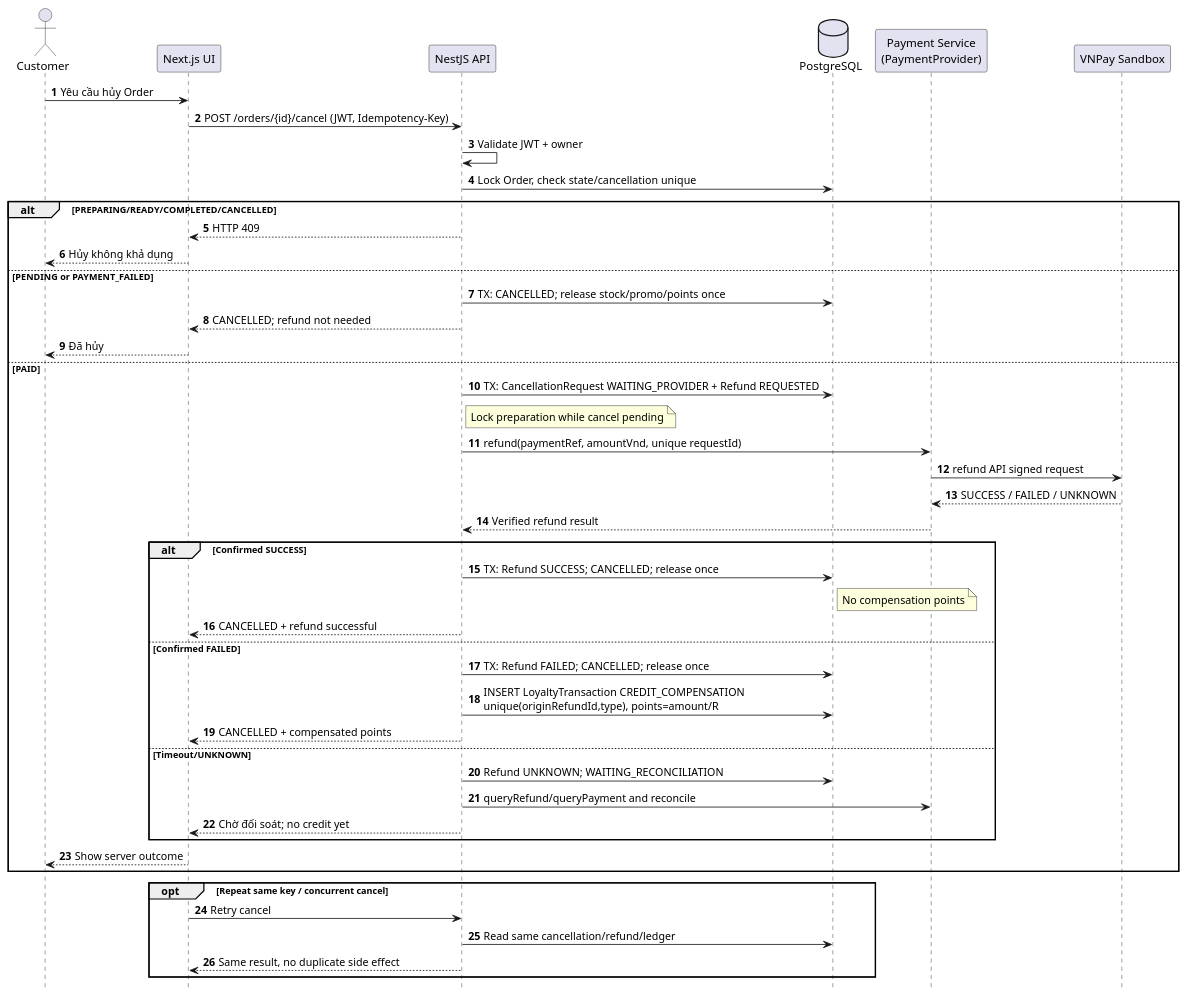
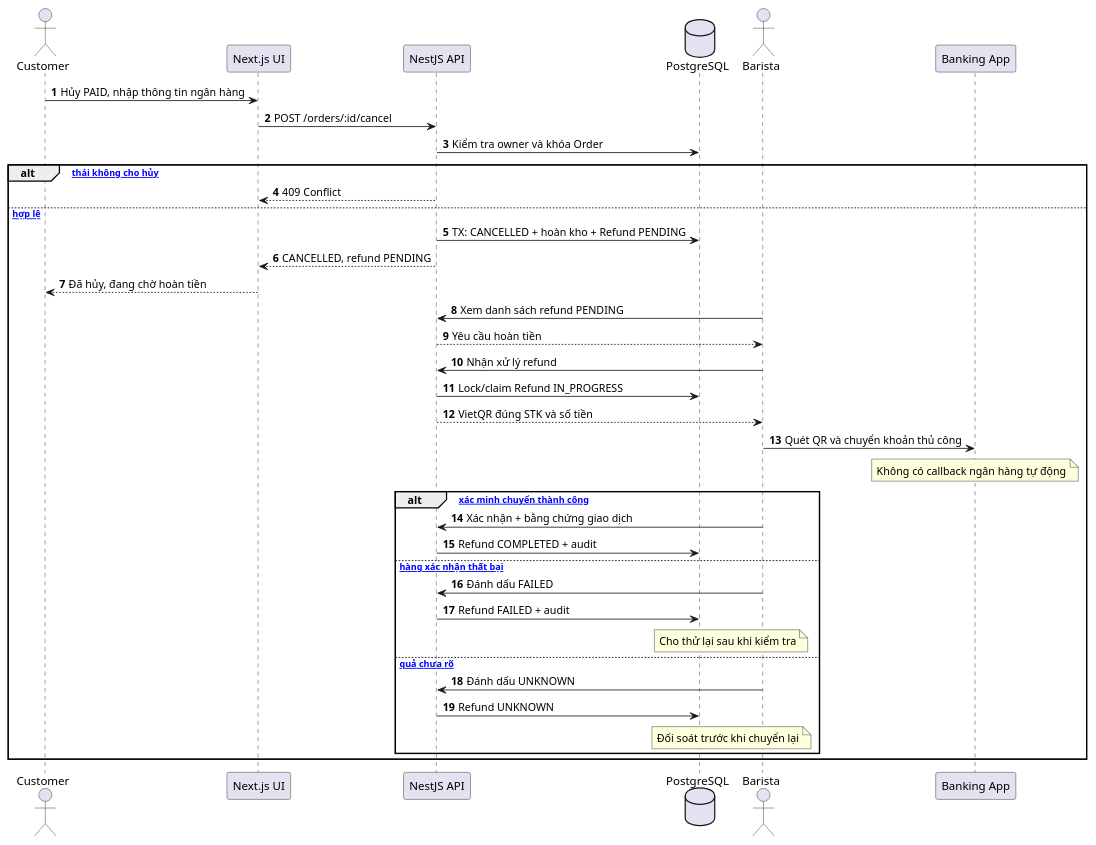
Before and after one commit to Thaitruong26/Brewlite-A2: the diagram in docs/diagrams/sequence-cancel-refund.puml, drawn with PlantUML. The commit also changed 14 other files, not shown here.

Commit message:
docs: align SRS, ADR-009, use-case specifications, and PlantUML diagrams with manual VietQR barista refund workflow

```diff
--- a/docs/diagrams/sequence-cancel-refund.puml
+++ b/docs/diagrams/sequence-cancel-refund.puml
@@ -1,48 +1,44 @@
 @startuml
-hide footbox
+skinparam shadowing false
 autonumber
-actor Customer as C
-participant "Next.js UI" as Web
+actor Customer
+participant "Next.js UI" as UI
 participant "NestJS API" as API
 database "PostgreSQL" as DB
-participant "Payment Service\n(PaymentProvider)" as Pay
-participant "VNPay Sandbox" as VN
-C -> Web : Yêu cầu hủy Order
-Web -> API : POST /orders/{id}/cancel (JWT, Idempotency-Key)
-API -> API : Validate JWT + owner
-API -> DB : Lock Order, check state/cancellation unique
-alt PREPARING/READY/COMPLETED/CANCELLED
-  API --> Web : HTTP 409
-  Web --> C : Hủy không khả dụng
-else PENDING or PAYMENT_FAILED
-  API -> DB : TX: CANCELLED; release stock/promo/points once
-  API --> Web : CANCELLED; refund not needed
-  Web --> C : Đã hủy
-else PAID
-  API -> DB : TX: CancellationRequest WAITING_PROVIDER + Refund REQUESTED
-  note right of API : Lock preparation while cancel pending
-  API -> Pay : refund(paymentRef, amountVnd, unique requestId)
-  Pay -> VN : refund API signed request
-  VN --> Pay : SUCCESS / FAILED / UNKNOWN
-  Pay --> API : Verified refund result
-  alt Confirmed SUCCESS
-    API -> DB : TX: Refund SUCCESS; CANCELLED; release once
-    note right of DB : No compensation points
-    API --> Web : CANCELLED + refund successful
-  else Confirmed FAILED
-    API -> DB : TX: Refund FAILED; CANCELLED; release once
-    API -> DB : INSERT LoyaltyTransaction CREDIT_COMPENSATION\nunique(originRefundId,type), points=amount/R
-    API --> Web : CANCELLED + compensated points
-  else Timeout/UNKNOWN
-    API -> DB : Refund UNKNOWN; WAITING_RECONCILIATION
-    API -> Pay : queryRefund/queryPayment and reconcile
-    API --> Web : Chờ đối soát; no credit yet
+actor Barista
+participant "Banking App" as Bank
+
+Customer -> UI: Hủy PAID, nhập thông tin ngân hàng
+UI -> API: POST /orders/:id/cancel
+API -> DB: Kiểm tra owner và khóa Order
+
+alt [Trạng thái không cho hủy]
+  API --> UI: 409 Conflict
+else [PAID hợp lệ]
+  API -> DB: TX: CANCELLED + hoàn kho + Refund PENDING
+  API --> UI: CANCELLED, refund PENDING
+  UI --> Customer: Đã hủy, đang chờ hoàn tiền
+
+  Barista -> API: Xem danh sách refund PENDING
+  API --> Barista: Yêu cầu hoàn tiền
+  Barista -> API: Nhận xử lý refund
+  API -> DB: Lock/claim Refund IN_PROGRESS
+  API --> Barista: VietQR đúng STK và số tiền
+
+  Barista -> Bank: Quét QR và chuyển khoản thủ công
+  note over Bank: Không có callback ngân hàng tự động
+
+  alt [Đã xác minh chuyển thành công]
+    Barista -> API: Xác nhận + bằng chứng giao dịch
+    API -> DB: Refund COMPLETED + audit
+  else [Ngân hàng xác nhận thất bại]
+    Barista -> API: Đánh dấu FAILED
+    API -> DB: Refund FAILED + audit
+    note over Barista, DB: Cho thử lại sau khi kiểm tra
+  else [Kết quả chưa rõ]
+    Barista -> API: Đánh dấu UNKNOWN
+    API -> DB: Refund UNKNOWN
+    note over Barista, DB: Đối soát trước khi chuyển lại
   end
-  Web --> C : Show server outcome
-end
-opt Repeat same key / concurrent cancel
-  Web -> API : Retry cancel
-  API -> DB : Read same cancellation/refund/ledger
-  API --> Web : Same result, no duplicate side effect
 end
 @enduml
```
